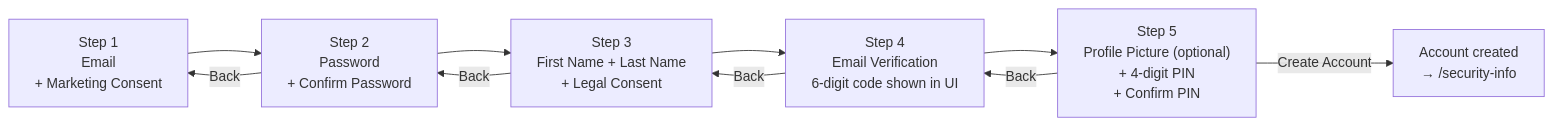
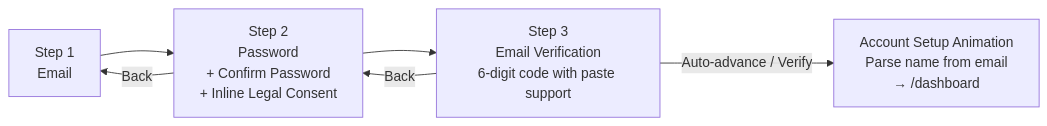
The second of 2 diagrams in userflow.md (edwardyipp/beampay), drawn with Mermaid before and after one commit. The commit also changed other lines of this file and 15 other files, not shown here.

First line of the commit message:
Overhaul signup flow UX: 3-step premium fintech experience

````diff
--- a/userflow.md
+++ b/userflow.md
@@ -82,14 +81,10 @@
 ```mermaid
 flowchart LR
-    S1["Step 1\nEmail\n+ Marketing Consent"] --> S2
-    S2["Step 2\nPassword\n+ Confirm Password"] --> S3
-    S3["Step 3\nFirst Name + Last Name\n+ Legal Consent"] --> S4
-    S4["Step 4\nEmail Verification\n6-digit code shown in UI"] --> S5
-    S5["Step 5\nProfile Picture (optional)\n+ 4-digit PIN\n+ Confirm PIN"]
-    S5 -->|Create Account| CREATED["Account created\n→ /security-info"]
+    S1["Step 1\nEmail"] --> S2
+    S2["Step 2\nPassword\n+ Confirm Password\n+ Inline Legal Consent"] --> S3
+    S3["Step 3\nEmail Verification\n6-digit code with paste support"]
+    S3 -->|Auto-advance / Verify| SETUP["Account Setup Animation\nParse name from email\n→ /dashboard"]
 
     S2 -->|Back| S1
     S3 -->|Back| S2
-    S4 -->|Back| S3
-    S5 -->|Back| S4
 ```
````
